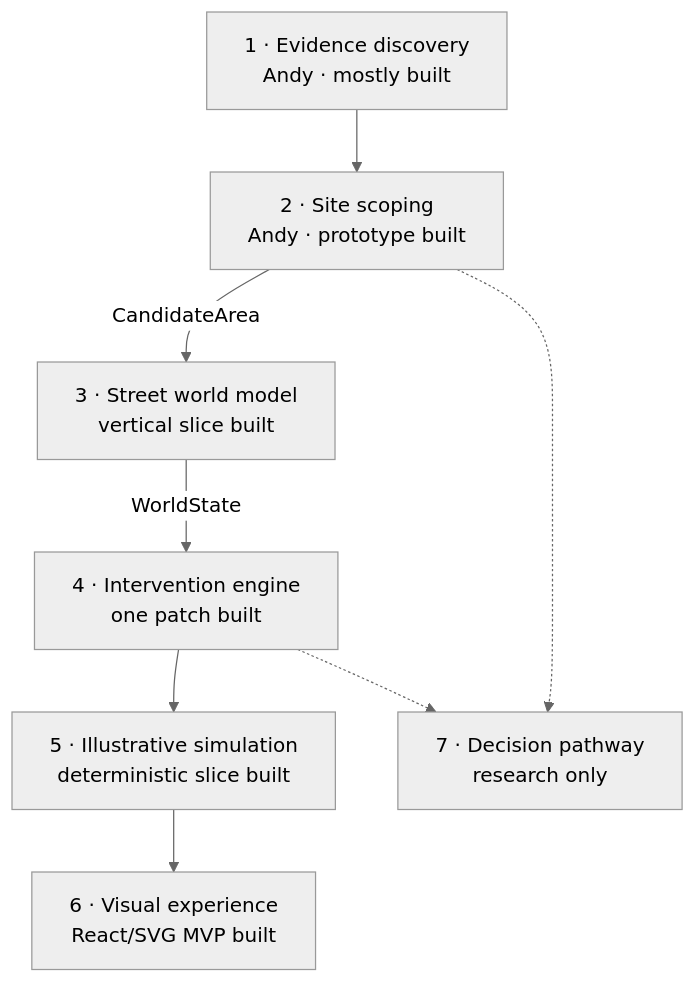
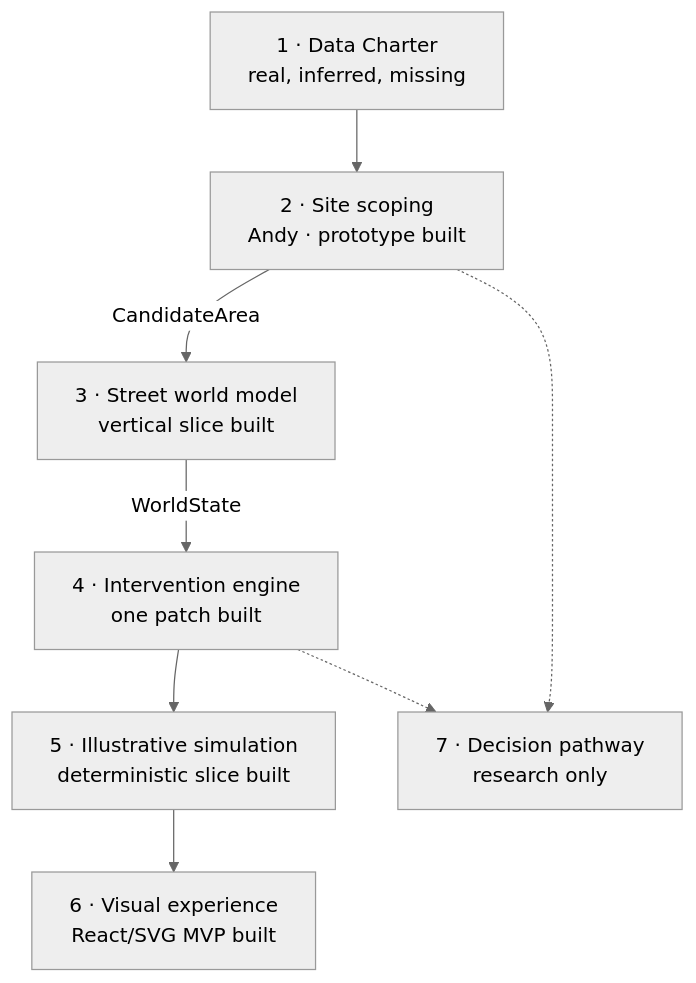
One commit to blackmath88/Hack-am-Rhein-2026-SpongeSquad changed the first of 2 diagrams in wrapper/docs/ARCHITECTURE.md. Above: the diagram before and after it, drawn with Mermaid (neutral theme). The commit also changed other lines of this file and 23 other files, not shown here.

Commit message:
Port Data Charter into integration wrapper

````diff
--- a/wrapper/docs/ARCHITECTURE.md
+++ b/wrapper/docs/ARCHITECTURE.md
@@ -31,18 +31,18 @@
 ```mermaid
 flowchart TD
-    A["1 · Evidence discovery<br/>Andy · mostly built"]
+    A["1 · Data Charter<br/>real, inferred, missing"]
     B["2 · Site scoping<br/>Andy · prototype built"]
     C["3 · Street world model<br/>vertical slice built"]
     D["4 · Intervention engine<br/>one patch built"]
     E["5 · Illustrative simulation<br/>deterministic slice built"]
     F["6 · Visual experience<br/>React/SVG MVP built"]
     G["7 · Decision pathway<br/>research only"]
 
     A --> B
     B -->|CandidateArea| C
     C -->|WorldState| D
     D --> E
     E --> F
     B -.-> G
     D -.-> G
 ```
````
